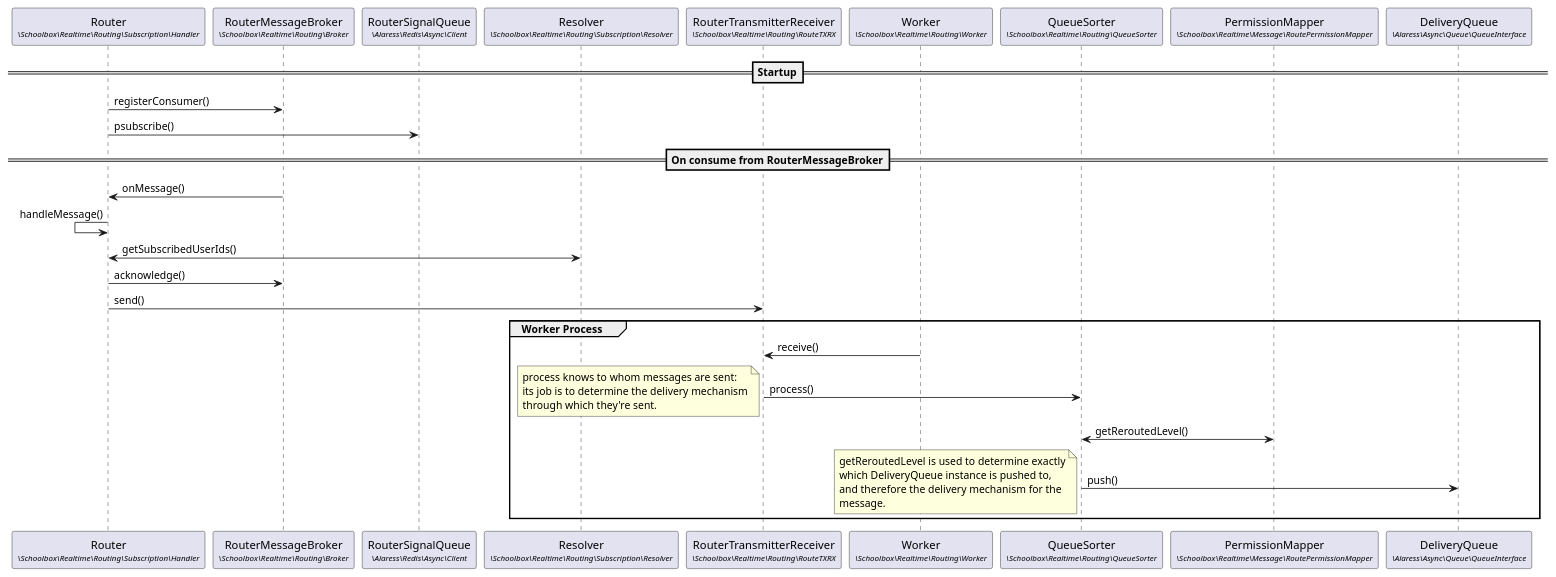
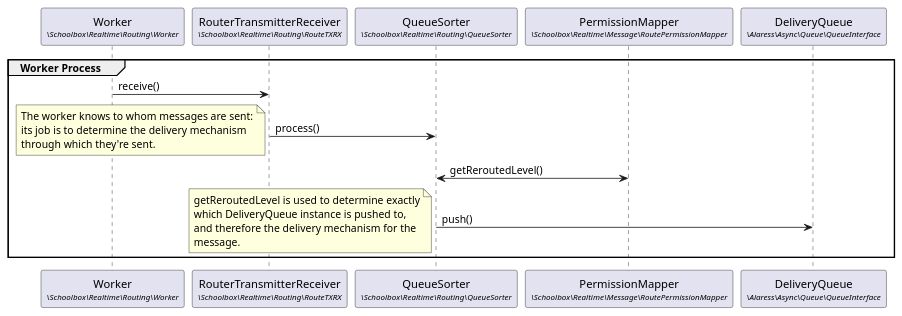
Before and after one commit to juliaattrevisan/schoolbox-api-docs: the diagram in docs/notifications/routing.plantuml, drawn with PlantUML. The commit also changed 1 other file, not shown here.

Commit message:
Simplify routing.plantuml [SA-14699]

```diff
--- a/docs/notifications/routing.plantuml
+++ b/docs/notifications/routing.plantuml
@@ -1,57 +1,27 @@
 @startuml
 
-participant "Router\n<size:10>//\Schoolbox\Realtime\Routing\Subscription\Handler//</size>" as Router
-participant "RouterMessageBroker\n<size:10>//\Schoolbox\Realtime\Routing\Broker//</size>" as RouterMessageBroker
-participant "RouterSignalQueue\n<size:10>//\Alaress\Redis\Async\Client//</size>" as RouterSignalQueue
-participant "Resolver\n<size:10>//\Schoolbox\Realtime\Routing\Subscription\Resolver//</size>" as Resolver
+participant "Worker\n<size:10>//\Schoolbox\Realtime\Routing\Worker//</size>" as Worker
 participant "RouterTransmitterReceiver\n<size:10>//\Schoolbox\Realtime\Routing\RouteTXRX//</size>" as RouterTransmitterReceiver
-'participant "RouterTransaction\n<size:10>//\Alaress\WorkerCrew\Transaction\DispatchTransaction//</size>" as RouterTransaction
-'participant "Dispatcher\n<size:10>//\Schoolbox\Realtime\Schedule\SchedulerDispatchStrategy//</size>" as Dispatcher
-participant "Worker\n<size:10>//\Schoolbox\Realtime\Routing\Worker//</size>" as Worker
 participant "QueueSorter\n<size:10>//\Schoolbox\Realtime\Routing\QueueSorter//</size>" as QueueSorter
 participant "PermissionMapper\n<size:10>//\Schoolbox\Realtime\Message\RoutePermissionMapper//</size>" as PermissionMapper
 participant "DeliveryQueue\n<size:10>//\Alaress\Async\Queue\QueueInterface//</size>" as DeliveryQueue
-
-
-
-==Startup==
-
-Router -> RouterMessageBroker : registerConsumer()
-Router -> RouterSignalQueue : psubscribe()
-
-==On consume from RouterMessageBroker==
-
-Router <- RouterMessageBroker : onMessage()
-Router <- Router : handleMessage()
-Router <-> Resolver : getSubscribedUserIds()
-
-Router -> RouterMessageBroker : acknowledge()
-Router -> RouterTransmitterReceiver : send()
-
-' something about a transaction
-'RouterTransmitterReceiver -> RouterTransaction : put()
-
-' there's a whole heap of intermediary classes between the router and the dispatcher
-
-' Massive missing piece: the route trie
-' that deserves its own document
 
 group Worker Process
 RouterTransmitterReceiver <- Worker : receive()
 RouterTransmitterReceiver -> QueueSorter : process()
 note left
-    process knows to whom messages are sent:
+    The worker knows to whom messages are sent:
     its job is to determine the delivery mechanism
     through which they're sent.
 end note
 QueueSorter <-> PermissionMapper : getReroutedLevel()
 QueueSorter -> DeliveryQueue : push()
 note left
     getReroutedLevel is used to determine exactly
     which DeliveryQueue instance is pushed to,
     and therefore the delivery mechanism for the
     message.
 end note
 end group
 
 @enduml
```
